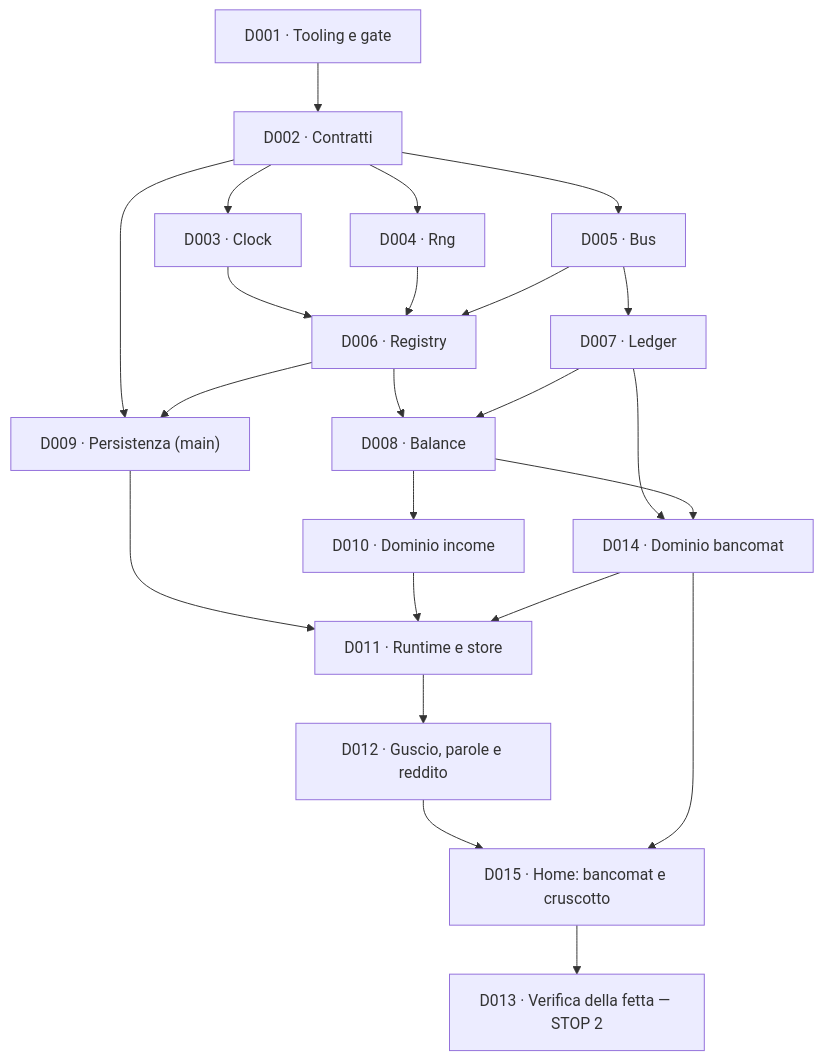
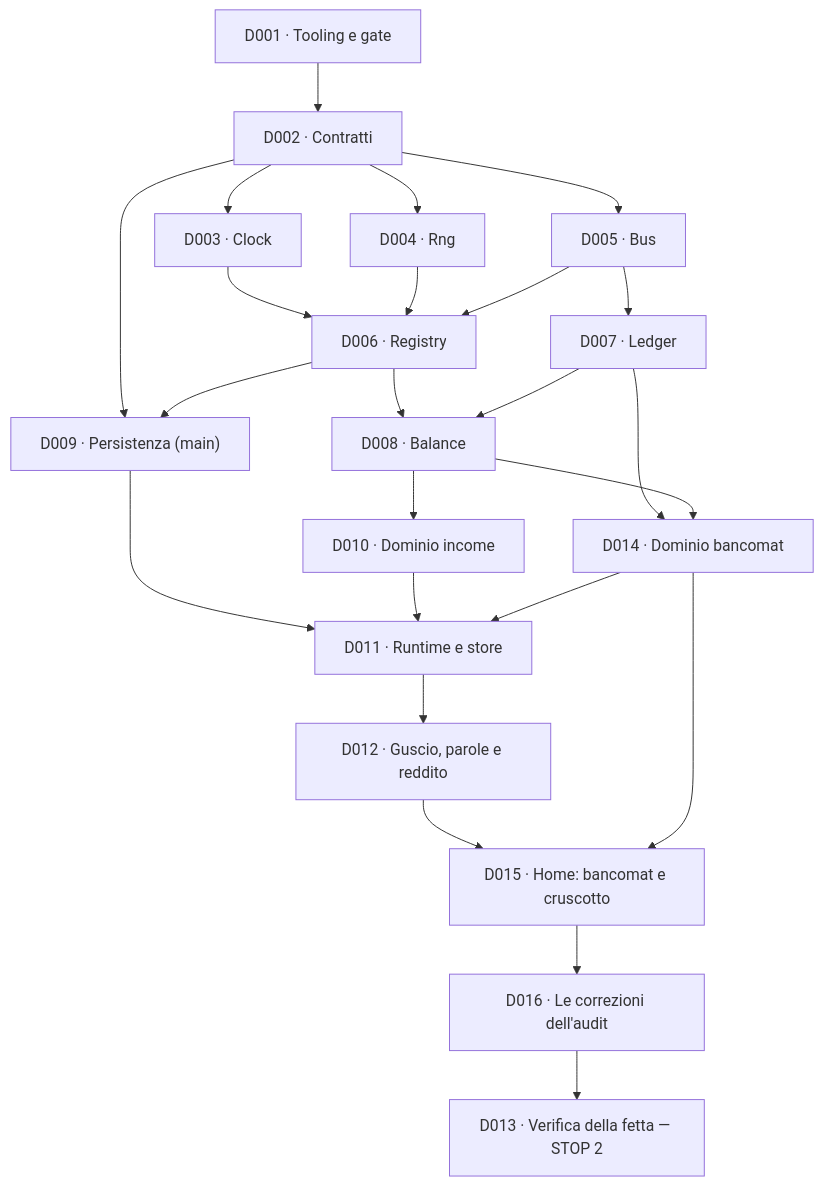
Before and after one commit to devfrx/solvent: the diagram in docs/delega/README.md, drawn with Mermaid. The commit also changed other lines of this file and 35 other files, not shown here.

````diff
--- a/docs/delega/README.md
+++ b/docs/delega/README.md
@@ -58,25 +58,26 @@
 ```mermaid
 flowchart TD
   D001["D001 · Tooling e gate"] --> D002["D002 · Contratti"]
   D002 --> D003["D003 · Clock"]
   D002 --> D004["D004 · Rng"]
   D002 --> D005["D005 · Bus"]
   D003 --> D006["D006 · Registry"]
   D004 --> D006
   D005 --> D006
   D005 --> D007["D007 · Ledger"]
   D006 --> D008["D008 · Balance"]
   D007 --> D008
   D002 --> D009["D009 · Persistenza (main)"]
   D006 --> D009
   D008 --> D010["D010 · Dominio income"]
   D007 --> D014["D014 · Dominio bancomat"]
   D008 --> D014
   D009 --> D011["D011 · Runtime e store"]
   D010 --> D011
   D014 --> D011
   D011 --> D012["D012 · Guscio, parole e reddito"]
   D012 --> D015["D015 · Home: bancomat e cruscotto"]
   D014 --> D015
-  D015 --> D013["D013 · Verifica della fetta — STOP 2"]
+  D015 --> D016["D016 · Le correzioni dell'audit"]
+  D016 --> D013["D013 · Verifica della fetta — STOP 2"]
 ```
````
